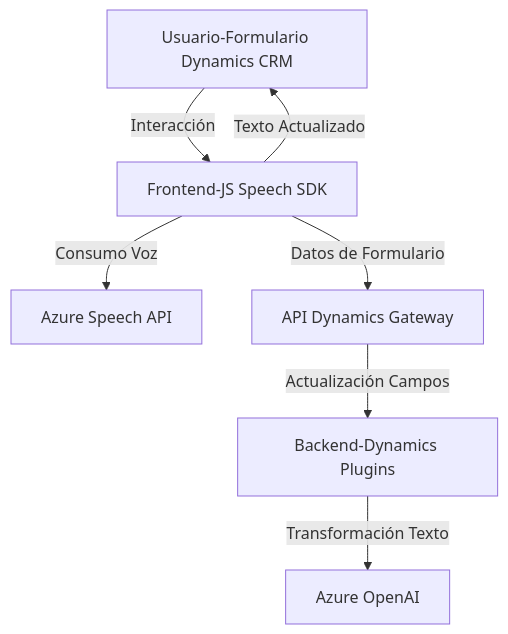
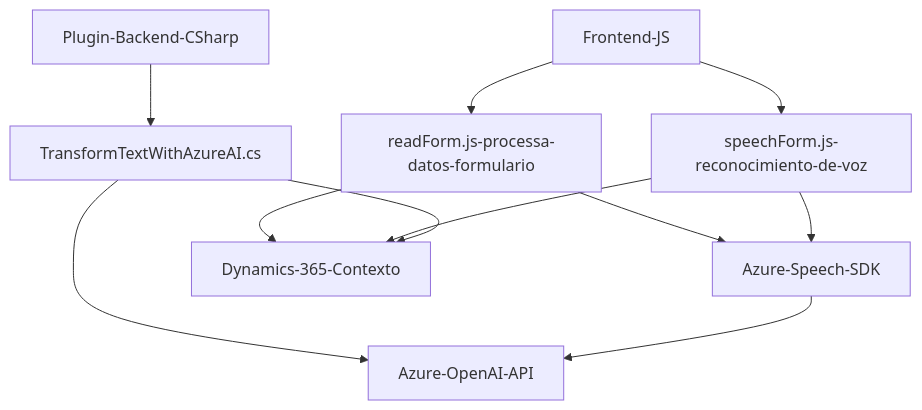
One commit to blopezdm/NETCORE_BILBAO2025 changed the diagram in README.md. Above: the diagram before and after it, drawn with Mermaid. The commit also changed other lines of this file, not shown here.

````diff
--- a/README.md
+++ b/README.md
@@ -46,9 +46,13 @@
 ```mermaid
 graph TD
-    A["Usuario-Formulario Dynamics CRM"] -->|Interacción| B["Frontend-JS Speech SDK"]
-    B -->|Consumo Voz| C["Azure Speech API"]
-    B -->|Datos de Formulario| D["API Dynamics Gateway"]
-    D -->|Actualización Campos| E["Backend-Dynamics Plugins"]
-    E -->|Transformación Texto| F["Azure OpenAI"]
-    B -->|Texto Actualizado| A
+    A[Frontend-JS] --> B["readForm.js-processa-datos-formulario"]
+    A --> C["speechForm.js-reconocimiento-de-voz"]
+    B --> D["Azure-Speech-SDK"]
+    C --> D
+    B --> E["Dynamics-365-Contexto"]
+    C --> E
+    F[Plugin-Backend-CSharp] --> G["TransformTextWithAzureAI.cs"]
+    G --> H["Azure-OpenAI-API"]
+    G --> E
+    D --> H
 ```
````
